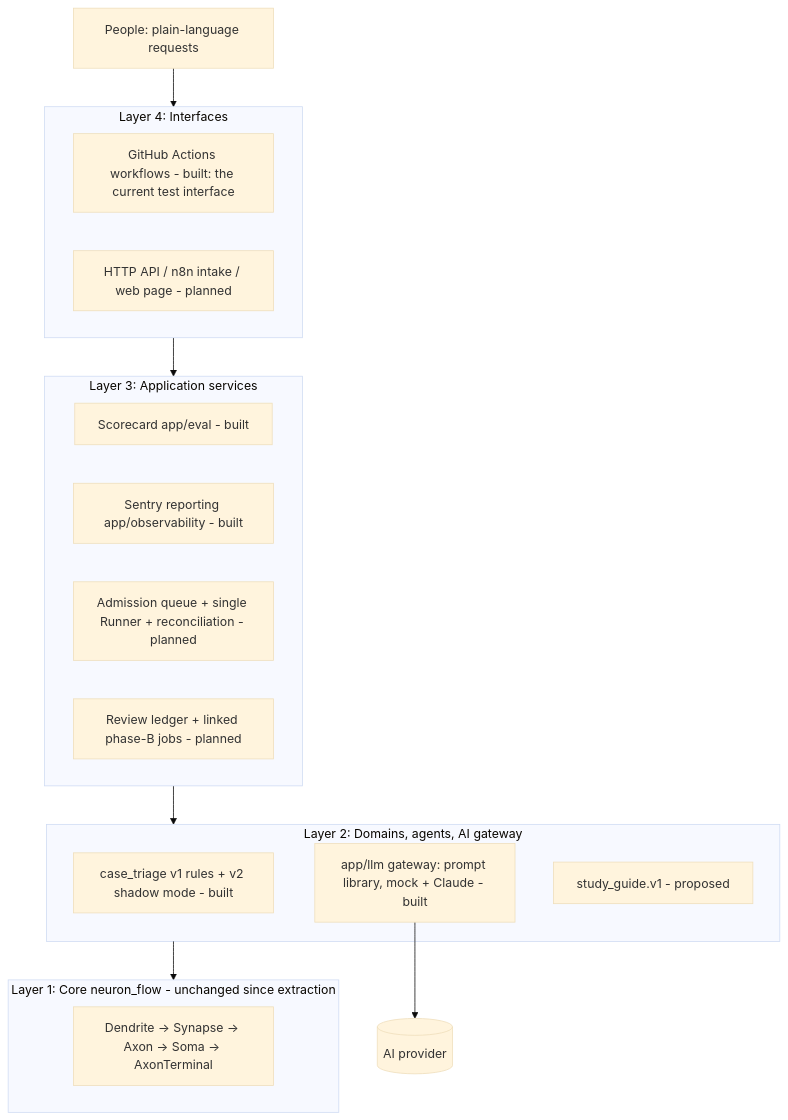
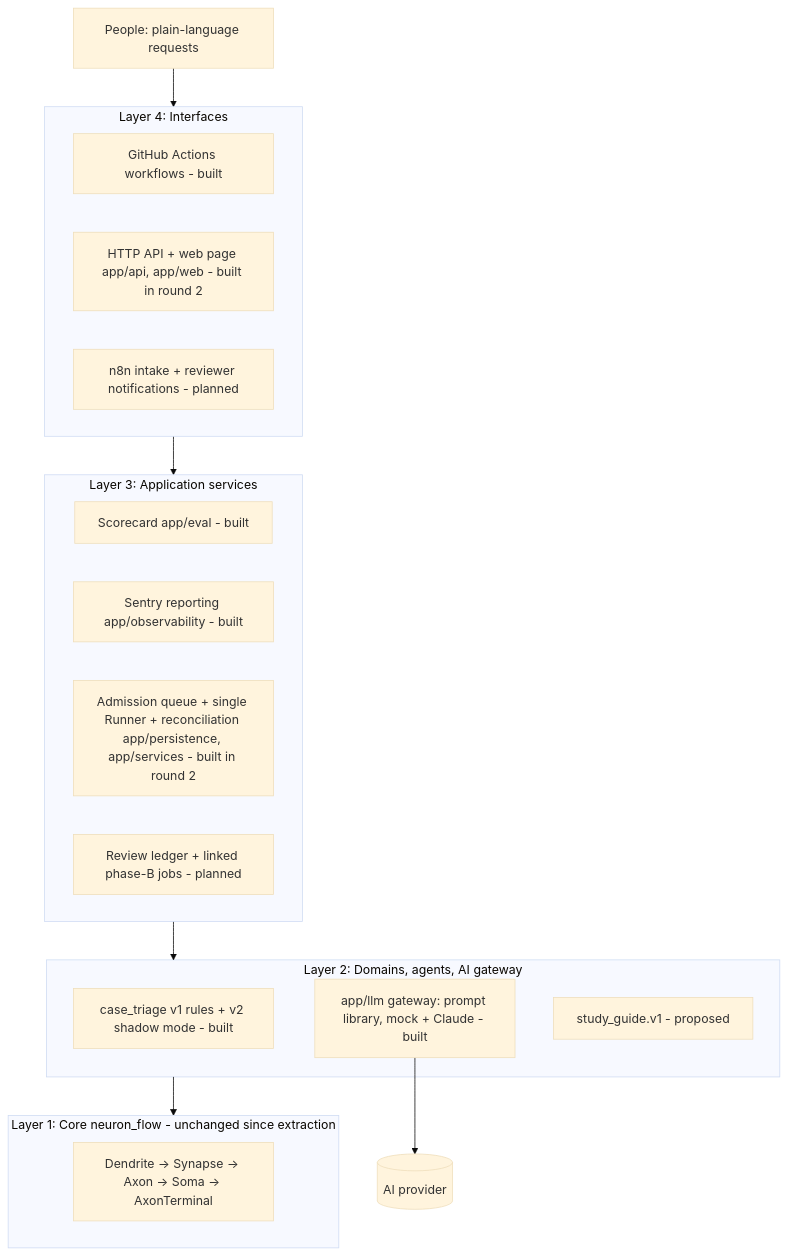
One commit to narongdetpyou-ux/System_Neuron_flow_AI changed the diagram in docs/architecture.md. Above: the diagram before and after it, drawn with Mermaid (base theme). The commit also changed other lines of this file and 32 other files, not shown here.

First line of the commit message:
Round 2: intake API, durable job queue, single Runner and a Thai web page

````diff
--- a/docs/architecture.md
+++ b/docs/architecture.md
@@ -21,24 +23,25 @@
 ```mermaid
 flowchart TD
     U[People: plain-language requests] --> L4
     subgraph L4[Layer 4: Interfaces]
-      GH[GitHub Actions workflows - built: the current test interface]
-      API[HTTP API / n8n intake / web page - planned]
+      GH[GitHub Actions workflows - built]
+      API[HTTP API + web page app/api, app/web - built in round 2]
+      N8N[n8n intake + reviewer notifications - planned]
     end
     subgraph L3[Layer 3: Application services]
       EV[Scorecard app/eval - built]
       OBS[Sentry reporting app/observability - built]
-      Q[Admission queue + single Runner + reconciliation - planned]
+      Q[Admission queue + single Runner + reconciliation app/persistence, app/services - built in round 2]
       REV[Review ledger + linked phase-B jobs - planned]
     end
     subgraph L2[Layer 2: Domains, agents, AI gateway]
       TRI[case_triage v1 rules + v2 shadow mode - built]
       LLM[app/llm gateway: prompt library, mock + Claude - built]
       SG[study_guide.v1 - proposed]
     end
     subgraph L1[Layer 1: Core neuron_flow - unchanged since extraction]
       CORE[Dendrite -> Synapse -> Axon -> Soma -> AxonTerminal]
     end
     L4 --> L3 --> L2 --> L1
     LLM --> P[(AI provider)]
 ```
````
